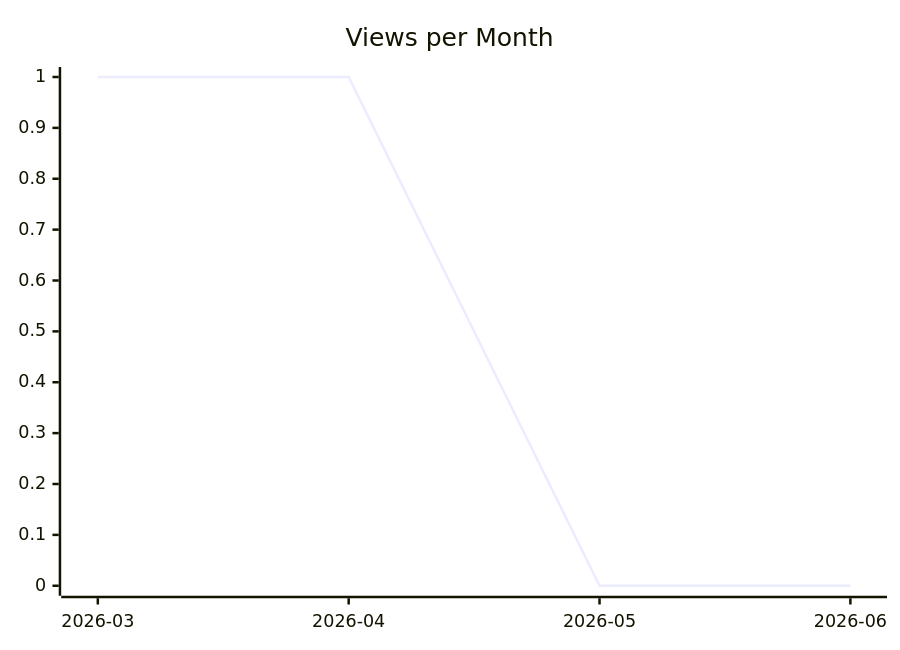
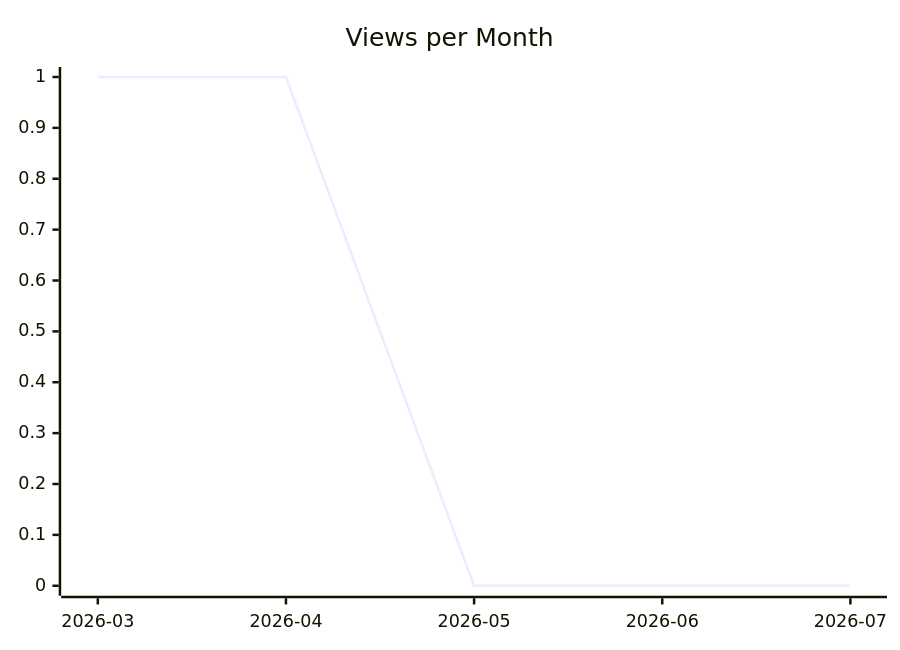
One commit to justdavis-family/github-analytics-data changed the second of 3 diagrams in karlmdavis/todoist-ai/README.md. Above: the diagram before and after it, drawn with Mermaid. The commit also changed other lines of this file and 199 other files, not shown here.

````diff
--- a/karlmdavis/todoist-ai/README.md
+++ b/karlmdavis/todoist-ai/README.md
@@ -12,6 +12,6 @@
 ```mermaid
 xychart-beta
   title "Views per Month"
-  x-axis ["2026-03", "2026-04", "2026-05", "2026-06"]
-  line [1, 1, 0, 0]
+  x-axis ["2026-03", "2026-04", "2026-05", "2026-06", "2026-07"]
+  line [1, 1, 0, 0, 0]
 ```
````
